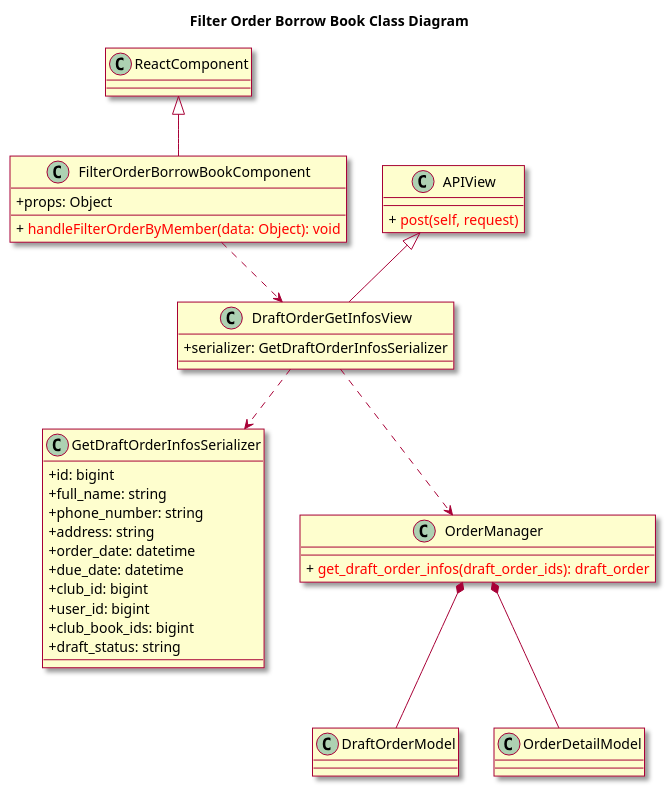
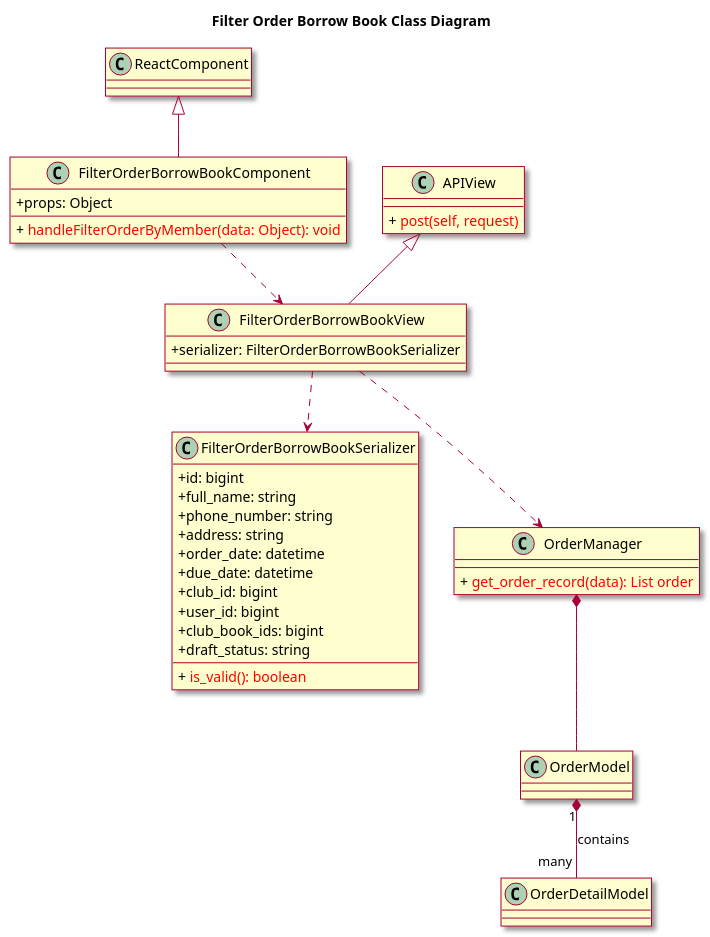
One commit to ljttl3q04t/Book-Over-There changed the diagram in uml/020-class-filter-order-borrow-book.wsd. Above: the diagram before and after it, drawn with PlantUML. The commit also changed 5 other files, not shown here.

```diff
--- a/uml/020-class-filter-order-borrow-book.wsd
+++ b/uml/020-class-filter-order-borrow-book.wsd
@@ -1,48 +1,46 @@
 @startuml
 skin rose
 skinparam classAttributeIconSize 0
 
 title Filter Order Borrow Book Class Diagram
 class ReactComponent
 
 class FilterOrderBorrowBookComponent {
 	+ props: Object
 	+ {method} <color:red> handleFilterOrderByMember(data: Object): void
 }
 
-class DraftOrderGetInfosView {
-	+ serializer: GetDraftOrderInfosSerializer
+class FilterOrderBorrowBookView {
+	+ serializer: FilterOrderBorrowBookSerializer
 }
 
 class APIView {
 	+ {method} <color:red> post(self, request)
 }
-class GetDraftOrderInfosSerializer {
+class FilterOrderBorrowBookSerializer {
     + id: bigint
     + full_name: string
     + phone_number: string
     + address: string
     + order_date: datetime
     + due_date: datetime 
     + club_id: bigint
     + user_id: bigint
     + club_book_ids: bigint
     + draft_status: string
+    + {method} <color:red> is_valid(): boolean
 }
 class OrderManager{
-    + {method} <color:red> get_draft_order_infos(draft_order_ids): draft_order
-}
-class DraftOrderModel{
-
+    + {method} <color:red> get_order_record(data): List order
 }
 class OrderDetailModel{
 
 }
 ReactComponent <|-- FilterOrderBorrowBookComponent
-APIView <|-- DraftOrderGetInfosView
-FilterOrderBorrowBookComponent ..> DraftOrderGetInfosView
-DraftOrderGetInfosView ..> GetDraftOrderInfosSerializer
-DraftOrderGetInfosView ..> OrderManager
-OrderManager *-- DraftOrderModel
-OrderManager *-- OrderDetailModel
+APIView <|-- FilterOrderBorrowBookView
+FilterOrderBorrowBookComponent ..> FilterOrderBorrowBookView
+FilterOrderBorrowBookView ..> FilterOrderBorrowBookSerializer
+FilterOrderBorrowBookView ..> OrderManager
+OrderManager *-- OrderModel
+OrderModel "1" *-- "many" OrderDetailModel : contains
 @enduml
```
